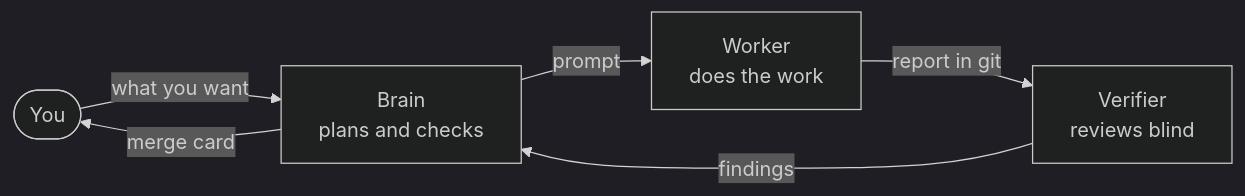
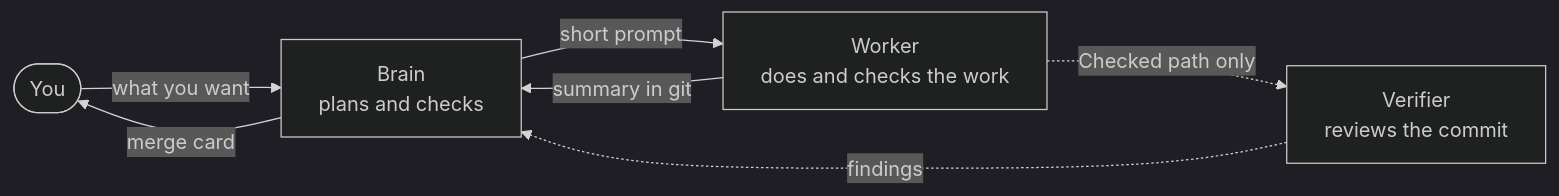
Before and after one commit to cntrl-alt-lenny/agentic-framework: the diagram in README.md, drawn with Mermaid (dark theme). The commit also changed other lines of this file and 28 other files, not shown here.

````diff
--- a/README.md
+++ b/README.md
@@ -25,8 +26,9 @@
 ```mermaid
 flowchart LR
   you([You]) -- what you want --> brain[Brain<br/>plans and checks]
-  brain -- prompt --> worker[Worker<br/>does the work]
-  worker -- report in git --> verifier[Verifier<br/>reviews blind]
-  verifier -- findings --> brain
+  brain -- short prompt --> worker[Worker<br/>does and checks the work]
+  worker -- summary in git --> brain
+  worker -. Checked path only .-> verifier[Verifier<br/>reviews the commit]
+  verifier -. findings .-> brain
   brain -- merge card --> you
 ```
````
